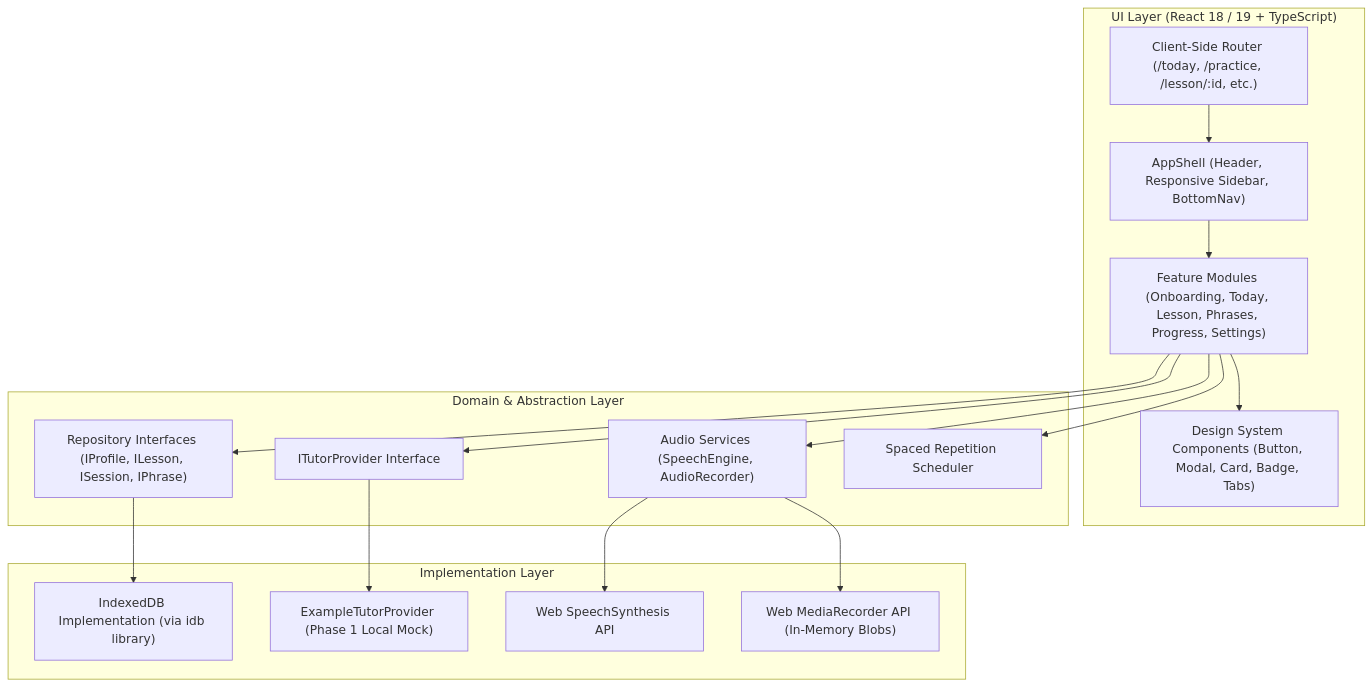
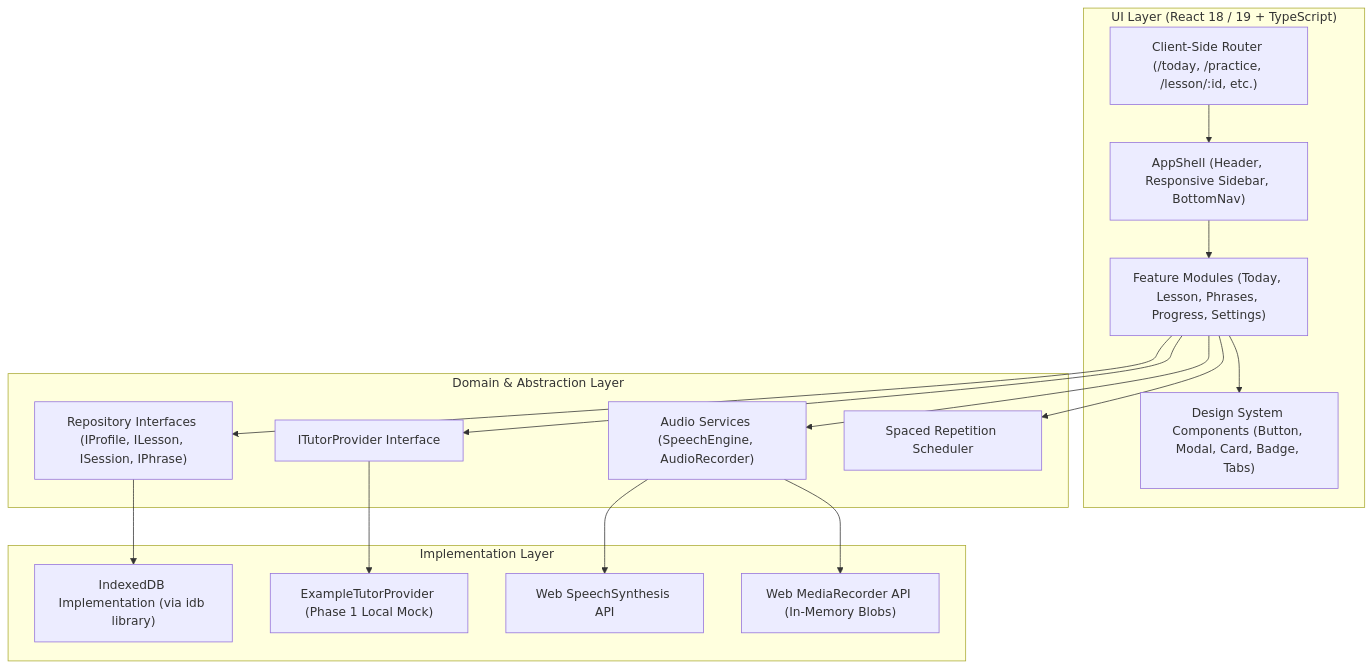
One commit to Sonthep/daily-english changed the diagram in docs/ARCHITECTURE.md. Above: the diagram before and after it, drawn with Mermaid. The commit also changed other lines of this file and 37 other files, not shown here.

Commit message:
feat: add common vocabulary lessons and harden AI flows

````diff
--- a/docs/ARCHITECTURE.md
+++ b/docs/ARCHITECTURE.md
@@ -7,36 +7,36 @@
 ```mermaid
 graph TD
     subgraph UI_Layer ["UI Layer (React 18 / 19 + TypeScript)"]
         Router["Client-Side Router (/today, /practice, /lesson/:id, etc.)"]
         Shell["AppShell (Header, Responsive Sidebar, BottomNav)"]
-        Features["Feature Modules (Onboarding, Today, Lesson, Phrases, Progress, Settings)"]
+        Features["Feature Modules (Today, Lesson, Phrases, Progress, Settings)"]
         UI_Components["Design System Components (Button, Modal, Card, Badge, Tabs)"]
     end
 
     subgraph Domain_Abstraction ["Domain & Abstraction Layer"]
         Repo_Interfaces["Repository Interfaces (IProfile, ILesson, ISession, IPhrase)"]
         Tutor_Interface["ITutorProvider Interface"]
         Audio_Services["Audio Services (SpeechEngine, AudioRecorder)"]
         Review_Engine["Spaced Repetition Scheduler"]
     end
 
     subgraph Implementation_Layer ["Implementation Layer"]
         IDB_Impl["IndexedDB Implementation (via idb library)"]
         Example_Tutor["ExampleTutorProvider (Phase 1 Local Mock)"]
         Web_Speech["Web SpeechSynthesis API"]
         Media_Recorder["Web MediaRecorder API (In-Memory Blobs)"]
     end
 
     Router --> Shell
     Shell --> Features
     Features --> UI_Components
     Features --> Repo_Interfaces
     Features --> Tutor_Interface
     Features --> Audio_Services
     Features --> Review_Engine
 
     Repo_Interfaces --> IDB_Impl
     Tutor_Interface --> Example_Tutor
     Audio_Services --> Web_Speech
     Audio_Services --> Media_Recorder
 ```
````
